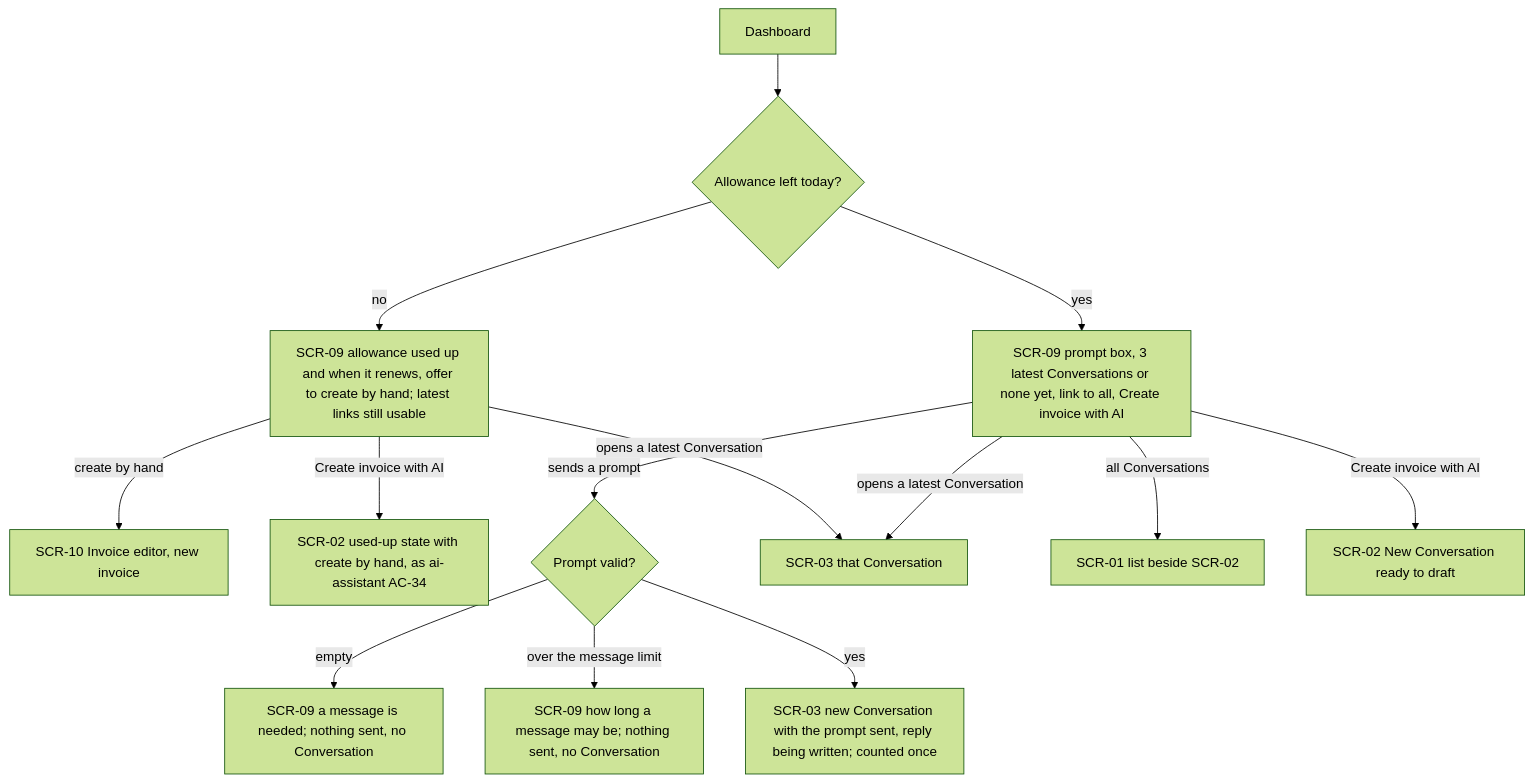
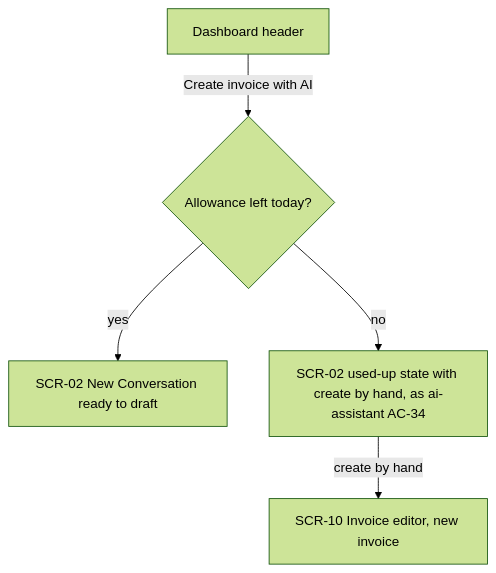
Before and after one commit to GopkoDev/invoiceForge: the ninth of 11 diagrams in docs/features/ai-chat-v2/ux-flows.md, drawn with Mermaid (forest theme). The commit also changed other lines of this file and 14 other files, not shown here.

````diff
--- a/docs/features/ai-chat-v2/ux-flows.md
+++ b/docs/features/ai-chat-v2/ux-flows.md
@@ -200,16 +210,7 @@
 ```mermaid
 flowchart TD
-    A["Dashboard"] --> B{"Allowance left today?"}
-    B -->|"yes"| C["SCR-09 prompt box, 3 latest Conversations or none yet, link to all, Create invoice with AI"]
-    B -->|"no"| D["SCR-09 allowance used up and when it renews, offer to create by hand; latest links still usable"]
+    A["Dashboard header"] -->|"Create invoice with AI"| B{"Allowance left today?"}
+    B -->|"yes"| C["SCR-02 New Conversation ready to draft"]
+    B -->|"no"| D["SCR-02 used-up state with create by hand, as ai-assistant AC-34"]
     D -->|"create by hand"| E["SCR-10 Invoice editor, new invoice"]
-    D -->|"Create invoice with AI"| F["SCR-02 used-up state with create by hand, as ai-assistant AC-34"]
-    C -->|"sends a prompt"| G{"Prompt valid?"}
-    G -->|"empty"| H["SCR-09 a message is needed; nothing sent, no Conversation"]
-    G -->|"over the message limit"| I["SCR-09 how long a message may be; nothing sent, no Conversation"]
-    G -->|"yes"| J["SCR-03 new Conversation with the prompt sent, reply being written; counted once"]
-    C -->|"opens a latest Conversation"| K["SCR-03 that Conversation"]
-    D -->|"opens a latest Conversation"| K
-    C -->|"all Conversations"| L["SCR-01 list beside SCR-02"]
-    C -->|"Create invoice with AI"| M["SCR-02 New Conversation ready to draft"]
 ```
````
